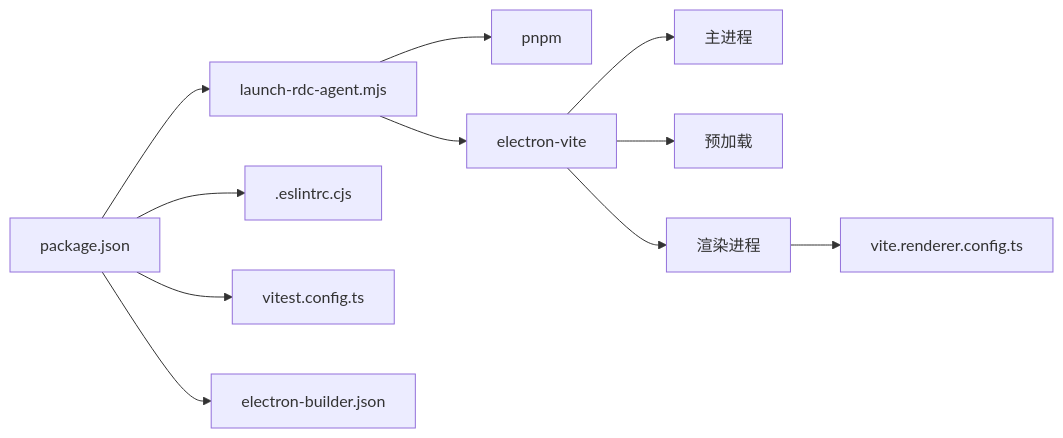
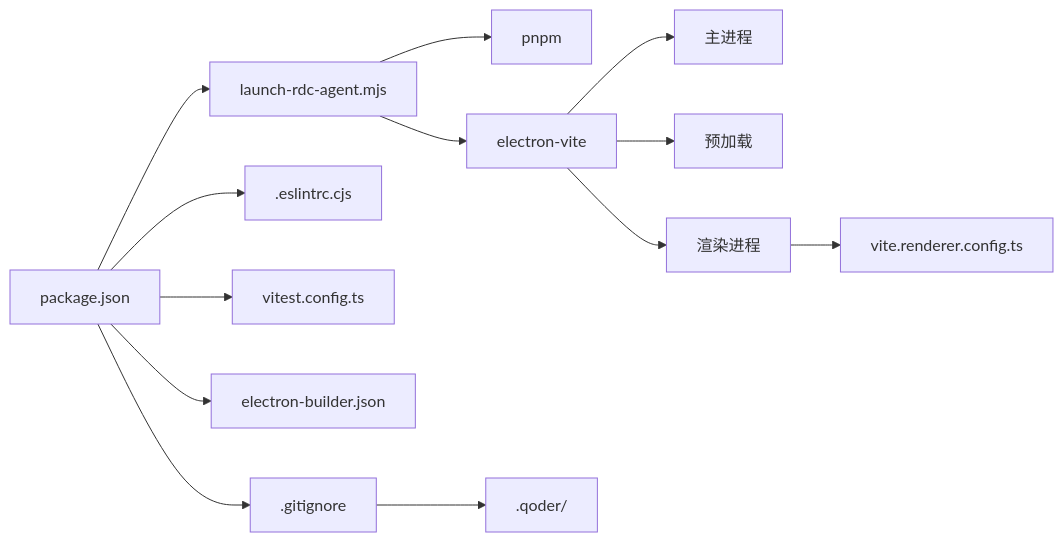
Before and after one commit to haolange/RDC-Agent: the third of 3 diagrams in .qoder/repowiki/zh/content/部署运维/开发环境搭建.md, drawn with Mermaid. The commit also changed other lines of this file and 2 other files, not shown here.

````diff
--- a/.qoder/repowiki/zh/content/部署运维/开发环境搭建.md
+++ b/.qoder/repowiki/zh/content/部署运维/开发环境搭建.md
@@ -245,13 +276,15 @@
 ```mermaid
 graph LR
 Pkg["package.json"] --> Lch["launch-rdc-agent.mjs"]
 Lch --> PNPM["pnpm"]
 Lch --> EV["electron-vite"]
 EV --> M["主进程"]
 EV --> PL["预加载"]
 EV --> R["渲染进程"]
 R --> VR["vite.renderer.config.ts"]
 Pkg --> ESL[".eslintrc.cjs"]
 Pkg --> VT["vitest.config.ts"]
 Pkg --> EB["electron-builder.json"]
+Pkg --> GIT[".gitignore"]
+GIT --> QODER[".qoder/"]
 ```
````
